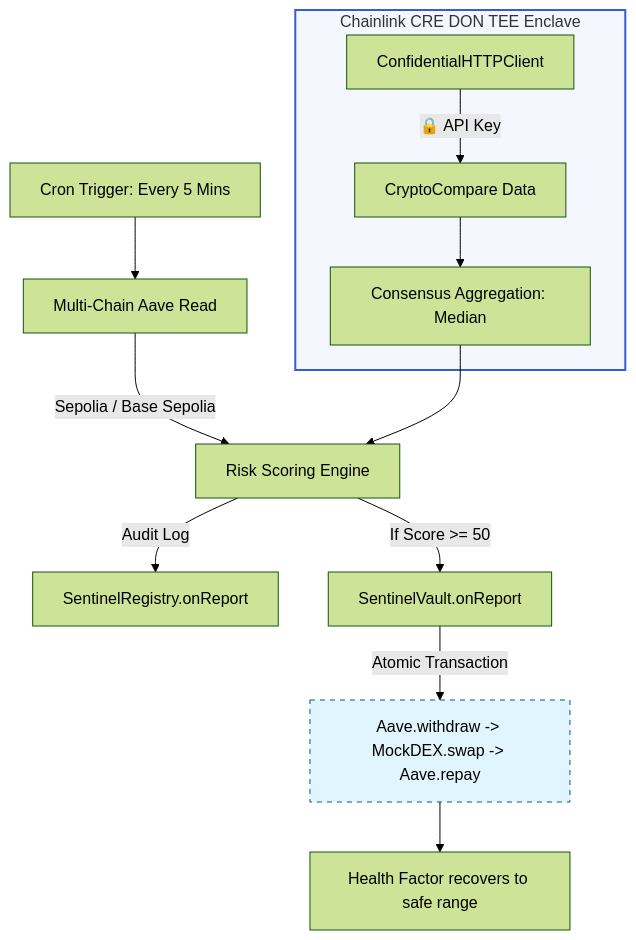
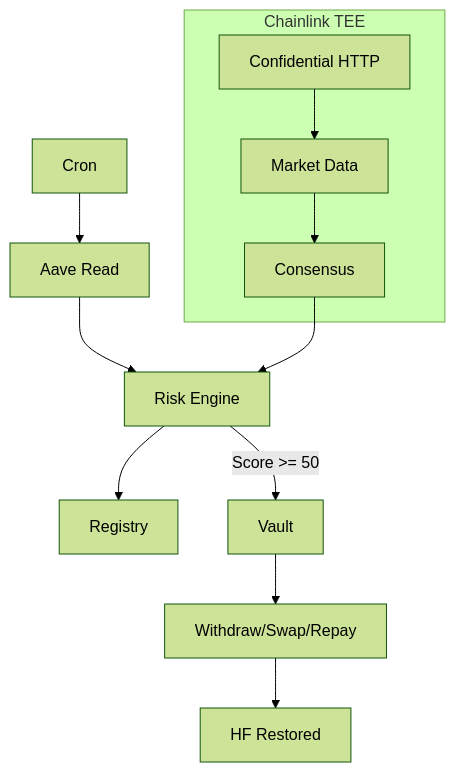
The diagram in README.md (deebhikakumaran/SentinelVault), drawn with Mermaid (forest theme) before and after one commit. The commit also changed other lines of this file, not shown here.

Commit message:
docs: simplify architecture diagram, update vision with perspective, and add footer

````diff
--- a/README.md
+++ b/README.md
@@ -62,21 +65,18 @@
 ```mermaid
 graph TD
-    Cron[Cron Trigger: Every 5 Mins] --> MultiChainRead[Multi-Chain Aave Read]
-    MultiChainRead -->|Sepolia / Base Sepolia| RiskAssessor[Risk Scoring Engine]
+    Cron[Cron] --> Read[Aave Read]
+    Read --> Risk[Risk Engine]
     
-    subgraph DON [Chainlink CRE DON TEE Enclave]
-        TEE[ConfidentialHTTPClient] -->|🔒 API Key| MarketData[CryptoCompare Data]
-        MarketData --> Consensus[Consensus Aggregation: Median]
+    subgraph DON [Chainlink TEE]
+        HTTP[Confidential HTTP] --> Data[Market Data]
+        Data --> Agg[Consensus]
     end
     
-    Consensus --> RiskAssessor
+    Agg --> Risk
     
-    RiskAssessor -->|Audit Log| Registry[SentinelRegistry.onReport]
-    RiskAssessor -->|If Score >= 50| Vault[SentinelVault.onReport]
+    Risk --> Registry[Registry]
+    Risk -->|Score >= 50| Vault[Vault]
     
-    Vault -->|Atomic Transaction| Action[Aave.withdraw -> MockDEX.swap -> Aave.repay]
-    Action --> Result[Health Factor recovers to safe range]
-
-    style DON fill:#f5f7ff,stroke:#375bd2,stroke-width:2px
-    style Action fill:#e1f5fe,stroke:#01579b,stroke-dasharray: 5 5
+    Vault --> Action[Withdraw/Swap/Repay]
+    Action --> Done[HF Restored]
 ```
````
